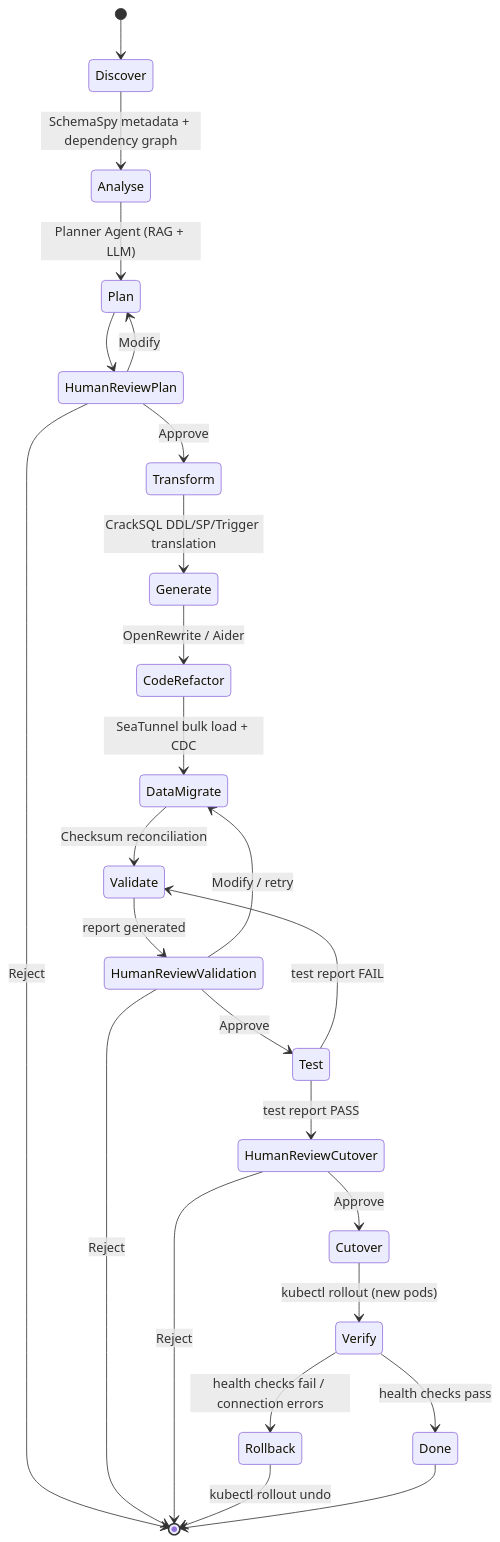
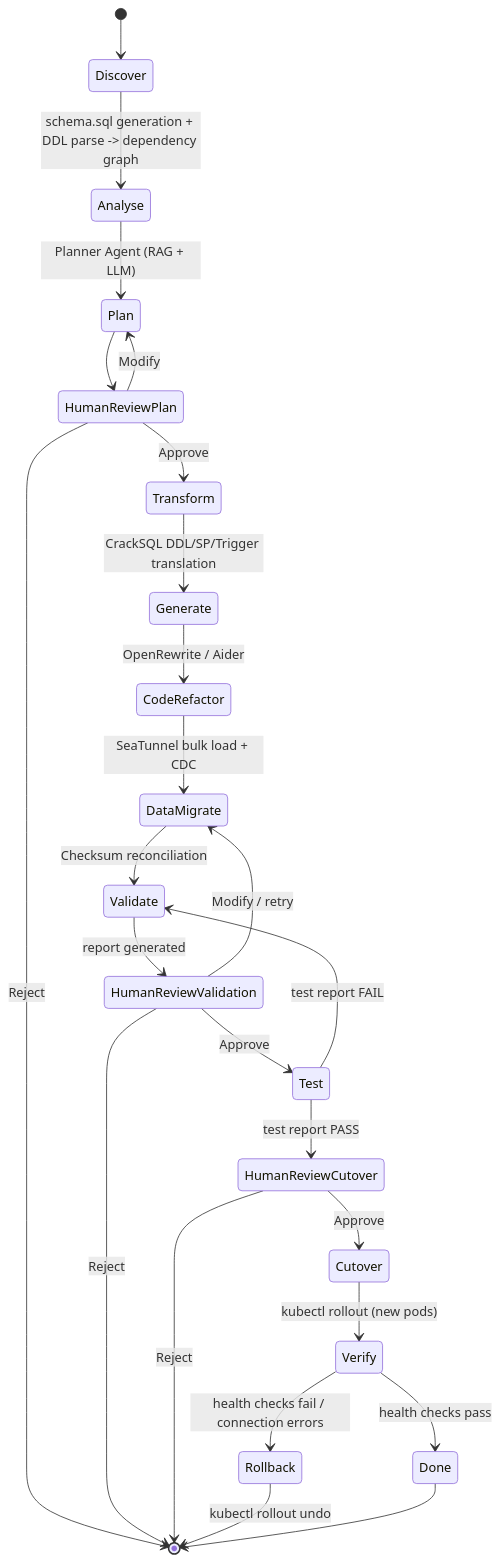
One commit to rupak-banerjee-ness/Agentic-AI-Data-Migration changed the fourth of 16 diagrams in architecture.md. Above: the diagram before and after it, drawn with Mermaid. The commit also changed other lines of this file and 1 other file, not shown here.

Commit message:
Update architecture and human plan documentation to reflect changes in Assessment Agent's schema extraction process

````diff
--- a/architecture.md
+++ b/architecture.md
@@ -284,35 +284,35 @@
 ```mermaid
 stateDiagram-v2
     [*] --> Discover
-    Discover --> Analyse: SchemaSpy metadata + dependency graph
+    Discover --> Analyse: schema.sql generation + DDL parse -> dependency graph
     Analyse --> Plan: Planner Agent (RAG + LLM)
     Plan --> HumanReviewPlan
 
     HumanReviewPlan --> Transform: Approve
     HumanReviewPlan --> Plan: Modify
     HumanReviewPlan --> [*]: Reject
 
     Transform --> Generate: CrackSQL DDL/SP/Trigger translation
     Generate --> CodeRefactor: OpenRewrite / Aider
     CodeRefactor --> DataMigrate: SeaTunnel bulk load + CDC
 
     DataMigrate --> Validate: Checksum reconciliation
     Validate --> HumanReviewValidation: report generated
 
     HumanReviewValidation --> Test: Approve
     HumanReviewValidation --> DataMigrate: Modify / retry
     HumanReviewValidation --> [*]: Reject
 
     Test --> HumanReviewCutover: test report PASS
     Test --> Validate: test report FAIL
 
     HumanReviewCutover --> Cutover: Approve
     HumanReviewCutover --> [*]: Reject
 
     Cutover --> Verify: kubectl rollout (new pods)
     Verify --> Done: health checks pass
     Verify --> Rollback: health checks fail / connection errors
 
     Rollback --> [*]: kubectl rollout undo
     Done --> [*]
 ```
````
